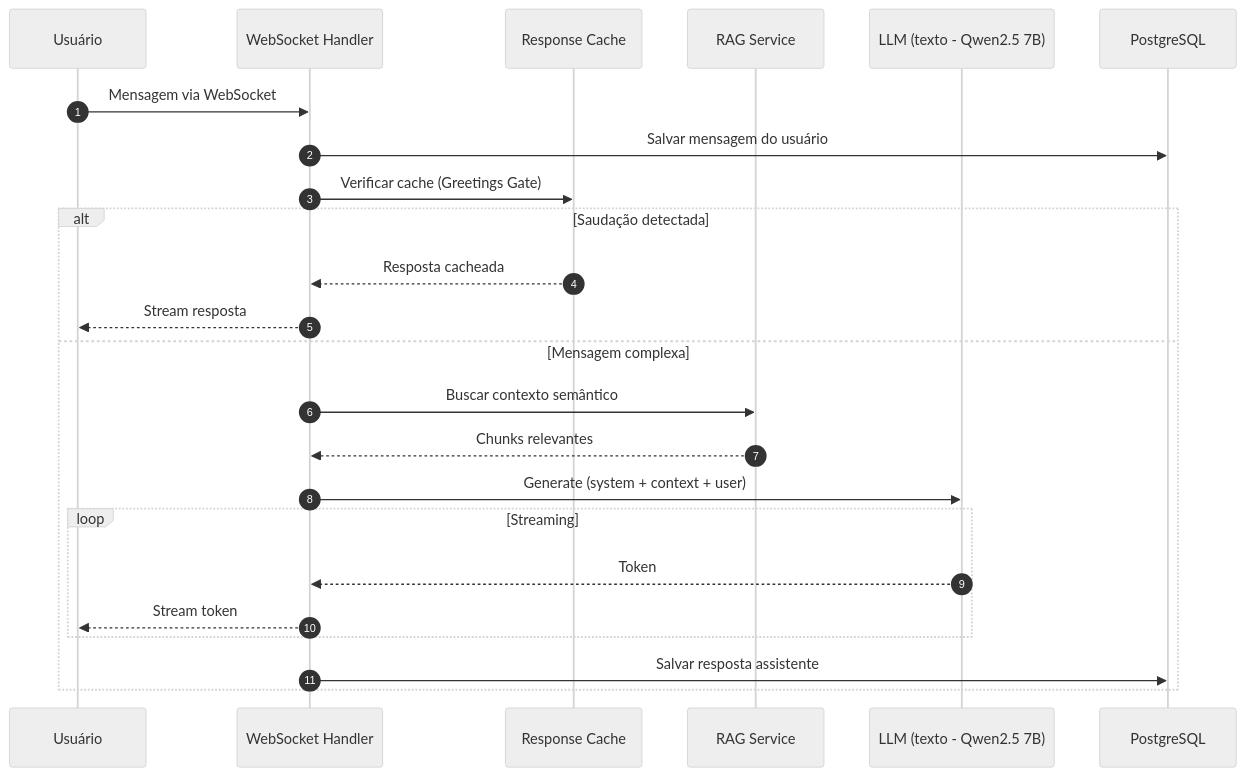
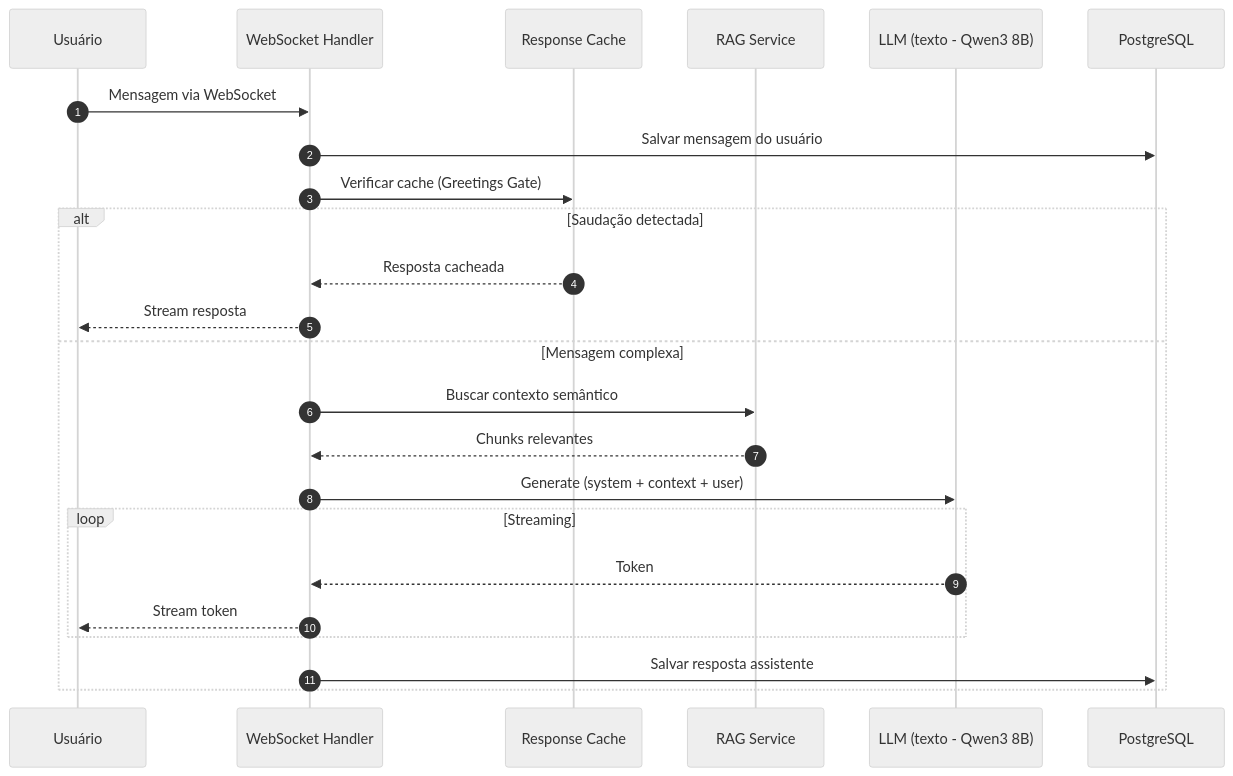
Before and after one commit to fillipeguerrabtc/alice: the sixth of 13 diagrams in docs/ARQUITETURA.md, drawn with Mermaid (neutral theme). The commit also changed other lines of this file and 40 other files, not shown here.

````diff
--- a/docs/ARQUITETURA.md
+++ b/docs/ARQUITETURA.md
@@ -659,28 +659,28 @@
 ```mermaid
 sequenceDiagram
     autonumber
     participant U as Usuário
     participant WS as WebSocket Handler
     participant RC as Response Cache
     participant RAG as RAG Service
-    participant LLM as LLM (texto - Qwen2.5 7B)
+    participant LLM as LLM (texto - Qwen3 8B)
     participant DB as PostgreSQL
     
     U->>WS: Mensagem via WebSocket
     WS->>DB: Salvar mensagem do usuário
     WS->>RC: Verificar cache (Greetings Gate)
     
     alt Saudação detectada
         RC-->>WS: Resposta cacheada
         WS-->>U: Stream resposta
     else Mensagem complexa
         WS->>RAG: Buscar contexto semântico
         RAG-->>WS: Chunks relevantes
         WS->>LLM: Generate (system + context + user)
         loop Streaming
             LLM-->>WS: Token
             WS-->>U: Stream token
         end
         WS->>DB: Salvar resposta assistente
     end
 ```
````
